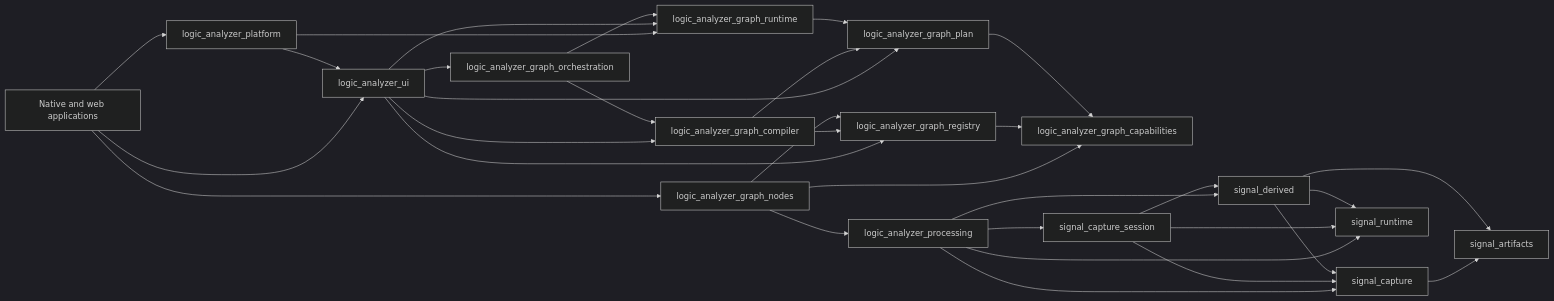
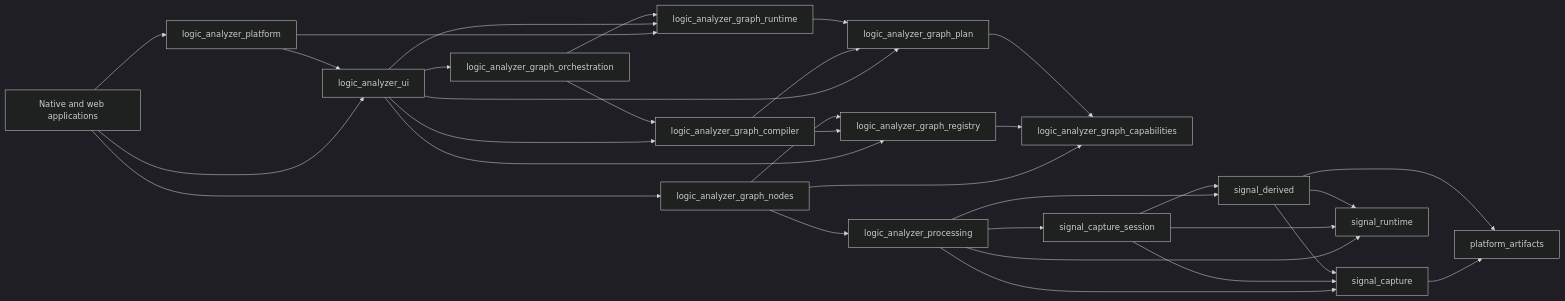
The diagram in docs/architecture/graph_composition.md (rcaelers/dsl), drawn with Mermaid (dark theme) before and after one commit. The commit also changed 163 other files, not shown here.

````diff
--- a/docs/architecture/graph_composition.md
+++ b/docs/architecture/graph_composition.md
@@ -31,38 +31,38 @@
 ```mermaid
 flowchart LR
     Apps[Native and web applications] --> Platform[logic_analyzer_platform]
     Apps --> UI[logic_analyzer_ui]
     Apps --> Nodes[logic_analyzer_graph_nodes]
     Platform --> UI
     Platform --> Runtime[logic_analyzer_graph_runtime]
 
     UI --> Compiler[logic_analyzer_graph_compiler]
     UI --> Runtime
     UI --> Orchestration[logic_analyzer_graph_orchestration]
     UI --> Registry[logic_analyzer_graph_registry]
     UI --> Plan[logic_analyzer_graph_plan]
 
     Orchestration --> Compiler
     Orchestration --> Runtime
     Compiler --> Registry
     Compiler --> Plan
     Runtime --> Plan
 
     Nodes --> Registry
     Nodes --> Capabilities[logic_analyzer_graph_capabilities]
     Nodes --> Processing[logic_analyzer_processing]
     Registry --> Capabilities
     Plan --> Capabilities
 
     Processing --> Session[signal_capture_session]
     Processing --> Capture[signal_capture]
     Processing --> Derived[signal_derived]
     Processing --> Stream[signal_runtime]
     Session --> Capture
     Session --> Derived
     Session --> Stream
-    Capture --> Artifacts[signal_artifacts]
+    Capture --> Artifacts[platform_artifacts]
     Derived --> Artifacts
     Derived --> Capture
     Derived --> Stream
 ```
````
